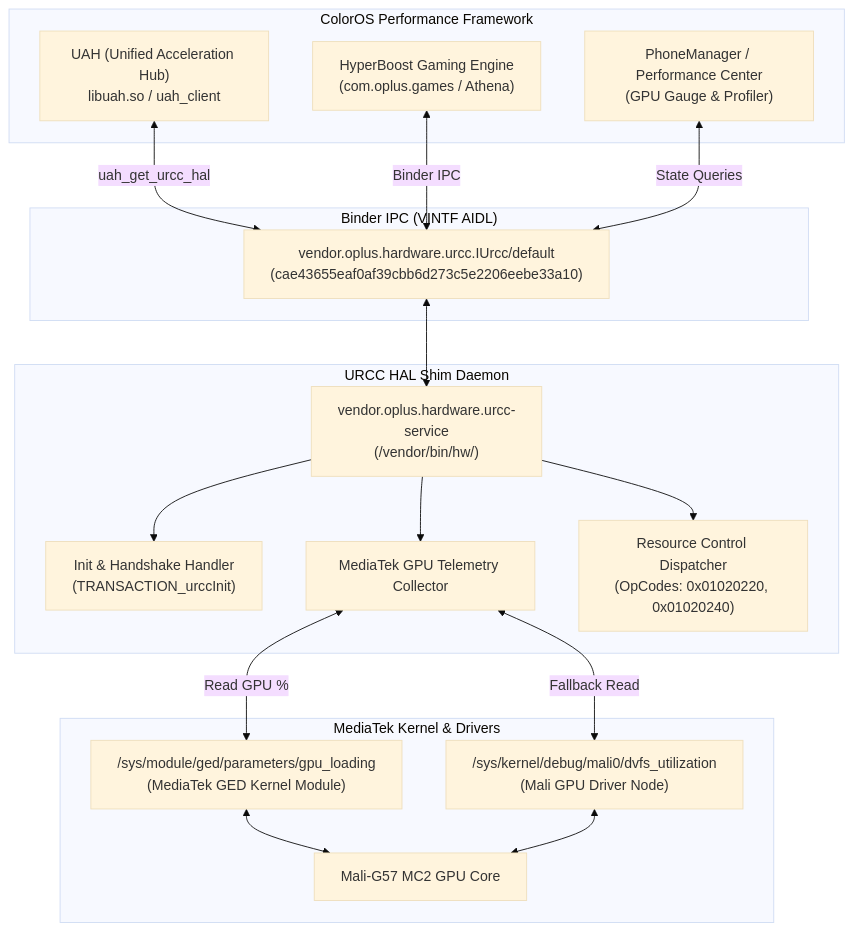
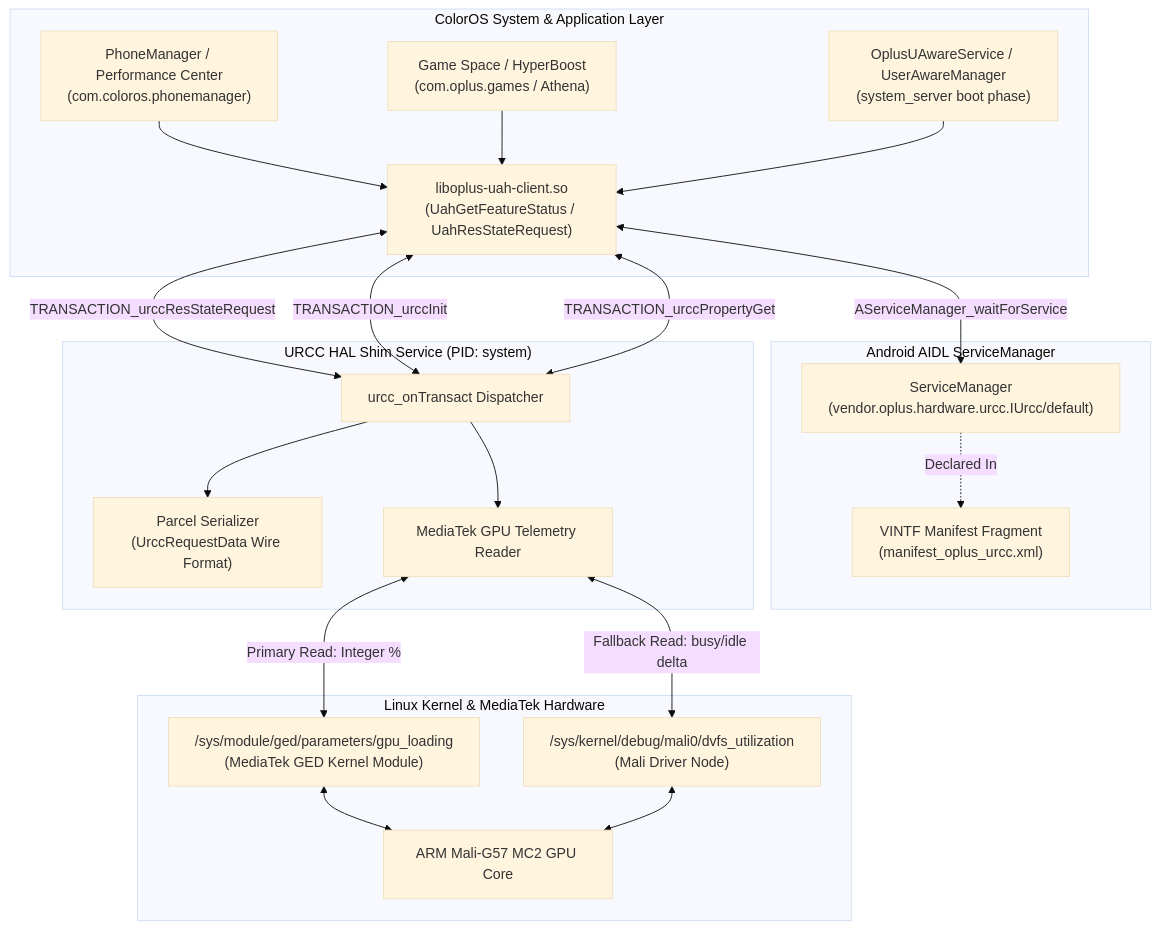
The first of 2 diagrams in README.md (RapliVx/Oplus-URCC-Bridge-Transsion), drawn with Mermaid (base theme) before and after one commit. The commit also changed other lines of this file, not shown here.

````diff
--- a/README.md
+++ b/README.md
@@ -22,40 +24,46 @@
 ```mermaid
 flowchart TD
-    subgraph ColorOS_Performance_Stack ["ColorOS Performance Framework"]
-        UAH["UAH (Unified Acceleration Hub)\nlibuah.so / uah_client"]
-        HYPERBOOST["HyperBoost Gaming Engine\n(com.oplus.games / Athena)"]
-        PHONEMANAGER["PhoneManager / Performance Center\n(GPU Gauge & Profiler)"]
+    subgraph ColorOS_Framework ["ColorOS System & Application Layer"]
+        PHONEMANAGER["PhoneManager / Performance Center\n(com.coloros.phonemanager)"]
+        GAMESPACE["Game Space / HyperBoost\n(com.oplus.games / Athena)"]
+        UAWARE["OplusUAwareService / UserAwareManager\n(system_server boot phase)"]
+        UAH_CLIENT["liboplus-uah-client.so\n(UahGetFeatureStatus / UahResStateRequest)"]
     end
 
-    subgraph IPC_Layer ["Binder IPC (VINTF AIDL)"]
-        AIDL_URCC["vendor.oplus.hardware.urcc.IUrcc/default\n(cae43655eaf0af39cbb6d273c5e2206eebe33a10)"]
+    subgraph Binder_IPC ["Android AIDL ServiceManager"]
+        SM["ServiceManager\n(vendor.oplus.hardware.urcc.IUrcc/default)"]
+        VINTF["VINTF Manifest Fragment\n(manifest_oplus_urcc.xml)"]
     end
 
-    subgraph URCC_Daemon ["URCC HAL Shim Daemon"]
-        DAEMON["vendor.oplus.hardware.urcc-service\n(/vendor/bin/hw/)"]
-        INIT_HANDLER["Init & Handshake Handler\n(TRANSACTION_urccInit)"]
-        GPU_COLLECTOR["MediaTek GPU Telemetry Collector"]
-        RES_CONTROLLER["Resource Control Dispatcher\n(OpCodes: 0x01020220, 0x01020240)"]
+    subgraph URCC_Daemon ["URCC HAL Shim Service (PID: system)"]
+        DISPATCHER["urcc_onTransact Dispatcher"]
+        SERIALIZER["Parcel Serializer\n(UrccRequestData Wire Format)"]
+        KERNEL_READER["MediaTek GPU Telemetry Reader"]
     end
 
-    subgraph Kernel_Hardware ["MediaTek Kernel & Drivers"]
-        GED_NODE["/sys/module/ged/parameters/gpu_loading\n(MediaTek GED Kernel Module)"]
-        MALI_NODE["/sys/kernel/debug/mali0/dvfs_utilization\n(Mali GPU Driver Node)"]
-        MALI_GPU["Mali-G57 MC2 GPU Core"]
+    subgraph Kernel_Drivers ["Linux Kernel & MediaTek Hardware"]
+        GED["/sys/module/ged/parameters/gpu_loading\n(MediaTek GED Kernel Module)"]
+        MALI_DEBUGFS["/sys/kernel/debug/mali0/dvfs_utilization\n(Mali Driver Node)"]
+        HARDWARE_GPU["ARM Mali-G57 MC2 GPU Core"]
     end
 
-    UAH <-->|uah_get_urcc_hal| AIDL_URCC
-    HYPERBOOST <-->|Binder IPC| AIDL_URCC
-    PHONEMANAGER <-->|State Queries| AIDL_URCC
+    PHONEMANAGER --> UAH_CLIENT
+    GAMESPACE --> UAH_CLIENT
+    UAWARE --> UAH_CLIENT
 
-    AIDL_URCC <--> DAEMON
-    DAEMON --> INIT_HANDLER
-    DAEMON --> GPU_COLLECTOR
-    DAEMON --> RES_CONTROLLER
+    UAH_CLIENT <-->|AServiceManager_waitForService| SM
+    SM -.->|Declared In| VINTF
 
-    GPU_COLLECTOR <-->|Read GPU %| GED_NODE
-    GPU_COLLECTOR <-->|Fallback Read| MALI_NODE
+    UAH_CLIENT <-->|TRANSACTION_urccResStateRequest| DISPATCHER
+    UAH_CLIENT <-->|TRANSACTION_urccInit| DISPATCHER
+    UAH_CLIENT <-->|TRANSACTION_urccPropertyGet| DISPATCHER
 
-    GED_NODE <--> MALI_GPU
-    MALI_NODE <--> MALI_GPU
+    DISPATCHER --> SERIALIZER
+    DISPATCHER --> KERNEL_READER
+
+    KERNEL_READER <-->|Primary Read: Integer %| GED
+    KERNEL_READER <-->|Fallback Read: busy/idle delta| MALI_DEBUGFS
+
+    GED <--> HARDWARE_GPU
+    MALI_DEBUGFS <--> HARDWARE_GPU
 ```
````
